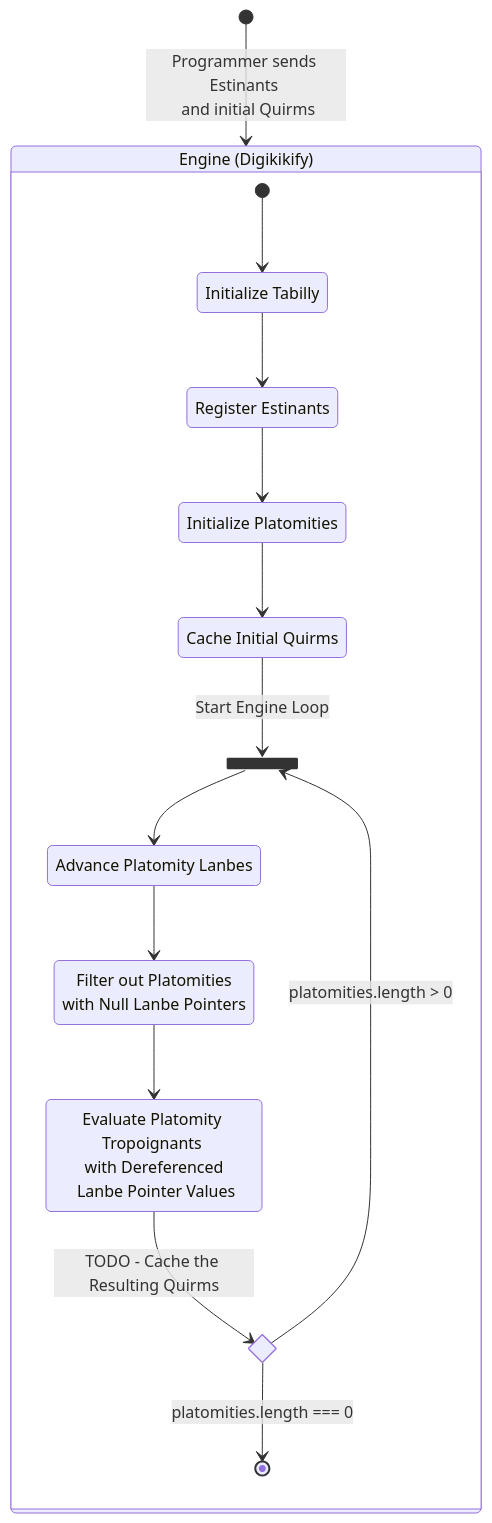
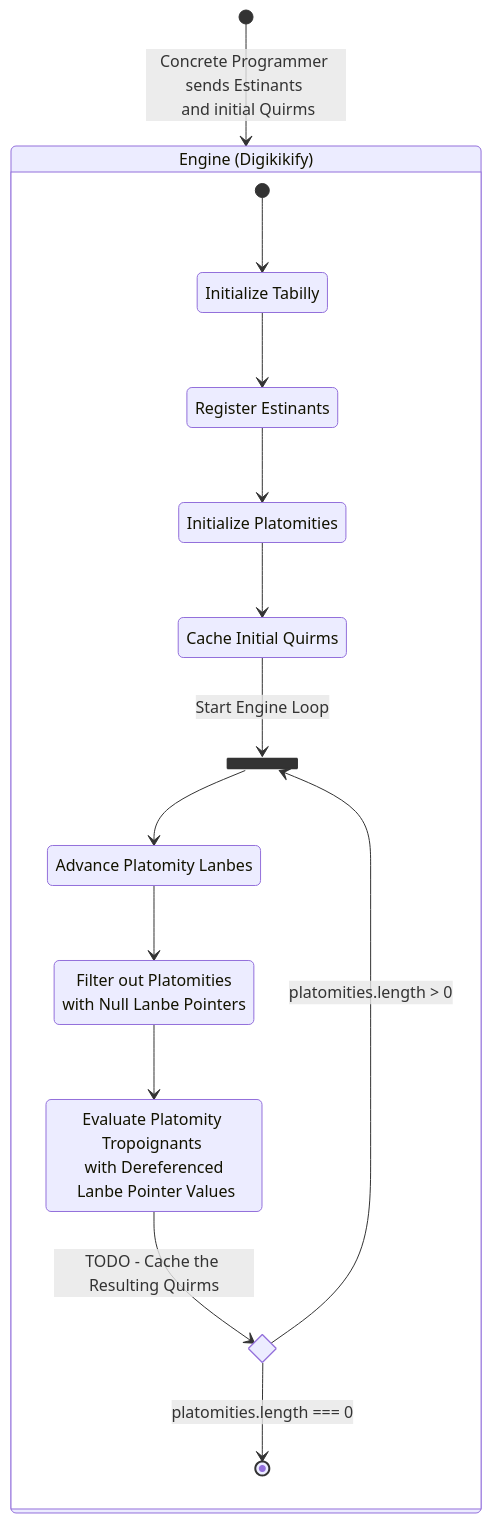
One commit to rachidlamouri/testing-platform changed the fourth of 6 diagrams in packages/open-schema-type-script/README.md. Above: the diagram before and after it, drawn with Mermaid. The commit also changed other lines of this file and 4 other files, not shown here.

Commit message:
Document the Abstract Programmer vs the Concrete Programmer

````diff
--- a/packages/open-schema-type-script/README.md
+++ b/packages/open-schema-type-script/README.md
@@ -116,33 +126,33 @@
 ```mermaid
 stateDiagram-v2
 
 state "Engine (Digikikify)" as E
 
-[*] --> E: Programmer sends Estinants <br> and initial Quirms
+[*] --> E: Concrete Programmer sends Estinants <br> and initial Quirms
 
 state E {
   state "Initialize Tabilly" as E1
   state "Register Estinants" as E2
   state "Initialize Platomities" as E3
   state "Cache Initial Quirms" as E4
   state MainLoop <<fork>>
   state "Advance Platomity Lanbes" as L1
   state "Filter out Platomities <br> with Null Lanbe Pointers" as L2
   state "Evaluate Platomity Tropoignants <br> with Dereferenced <br> Lanbe Pointer Values" as L3
   state While <<choice>>
 
   [*] --> E1
   E1 --> E2
   E2 --> E3
   E3 --> E4
   E4 --> MainLoop: Start Engine Loop
 
   MainLoop --> L1
   L1 --> L2
   L2 --> L3
   L3 --> While: TODO - Cache the Resulting Quirms
 
   While --> MainLoop: platomities.length > 0
   While --> [*]: platomities.length === 0
 }
 ```
````
